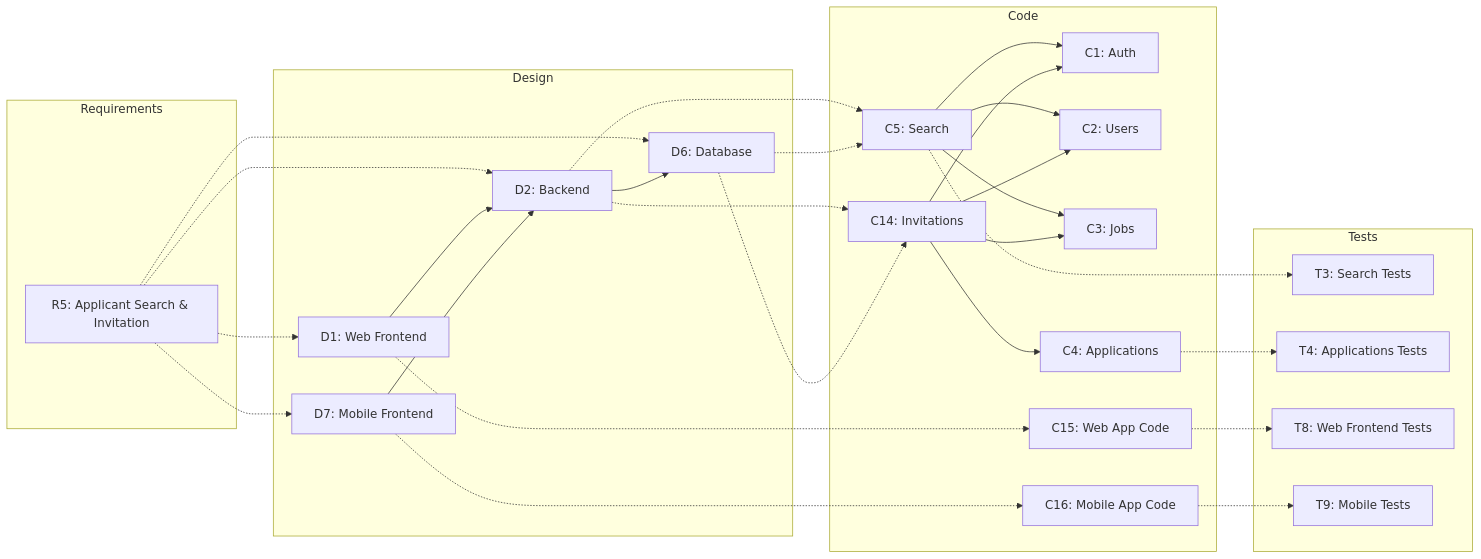
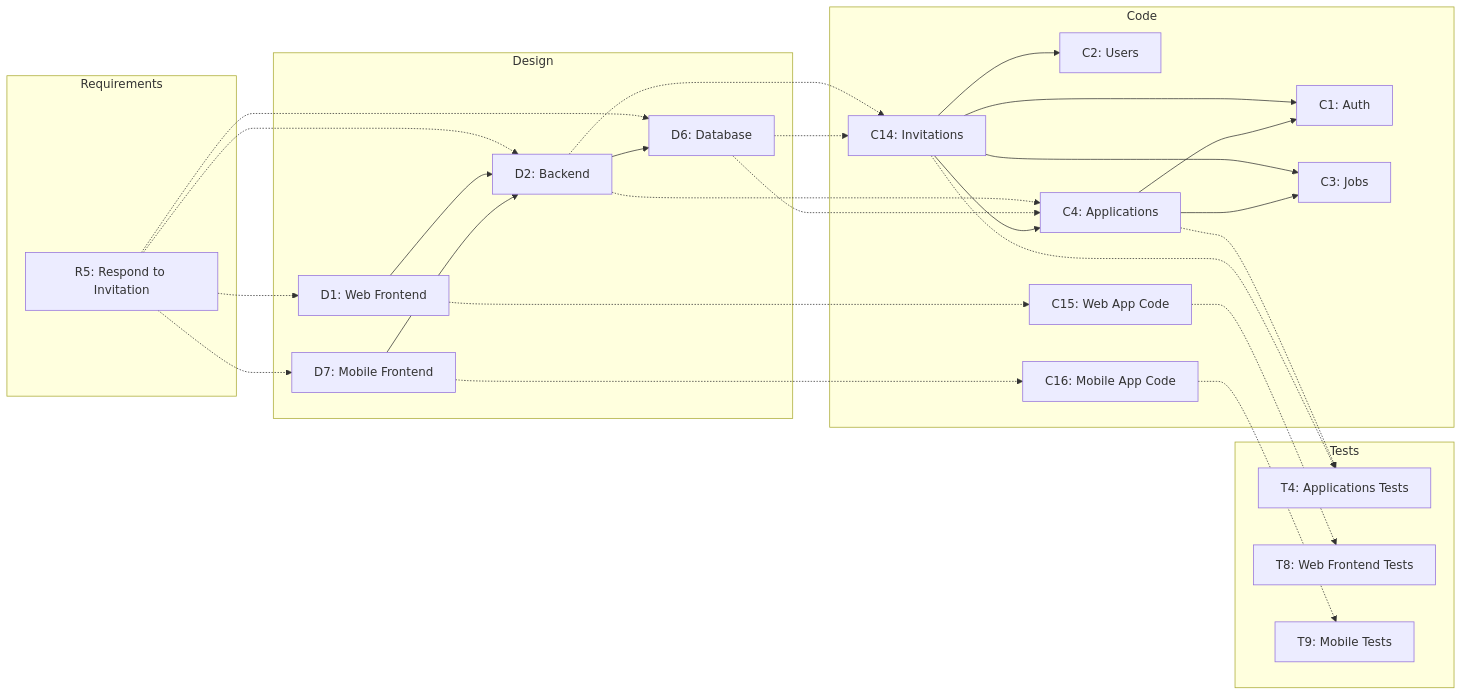
Before and after one commit to outoft3n/2025-ITCS383-Chongyai: the sixth of 8 diagrams in D4_IMPACT_ANALYSIS.MD, drawn with Mermaid. The commit also changed other lines of this file, not shown here.

````diff
--- a/D4_IMPACT_ANALYSIS.MD
+++ b/D4_IMPACT_ANALYSIS.MD
@@ -489,61 +524,58 @@
 ```mermaid
 graph LR
 
 subgraph Requirements
-R5[R5: Applicant Search & Invitation]
+R5[R5: Respond to Invitation]
 end
 
 subgraph Design
 D1[D1: Web Frontend]
 D2[D2: Backend]
 D6[D6: Database]
 D7[D7: Mobile Frontend]
 end
 
 subgraph Code
 C1[C1: Auth]
 C2[C2: Users]
 C3[C3: Jobs]
 C4[C4: Applications]
-C5[C5: Search]
 C14[C14: Invitations]
 C15[C15: Web App Code]
 C16[C16: Mobile App Code]
 end
 
 subgraph Tests
-T3[T3: Search Tests]
 T4[T4: Applications Tests]
 T8[T8: Web Frontend Tests]
 T9[T9: Mobile Tests]
 end
 
 R5 -.-> D1
 R5 -.-> D2
 R5 -.-> D6
 R5 -.-> D7
 
 D1 --> D2
 D7 --> D2
 D2 --> D6
 
-D2 -.-> C5
 D2 -.-> C14
-D6 -.-> C5
+D2 -.-> C4
 D6 -.-> C14
+D6 -.-> C4
 D1 -.-> C15
 D7 -.-> C16
 
-C5 --> C1
-C5 --> C2
-C5 --> C3
 C14 --> C1
 C14 --> C2
 C14 --> C3
 C14 --> C4
+C4 --> C1
+C4 --> C3
 
-C5 -.-> T3
 C4 -.-> T4
+C14 -.-> T4
 C15 -.-> T8
 C16 -.-> T9
 ```
````
